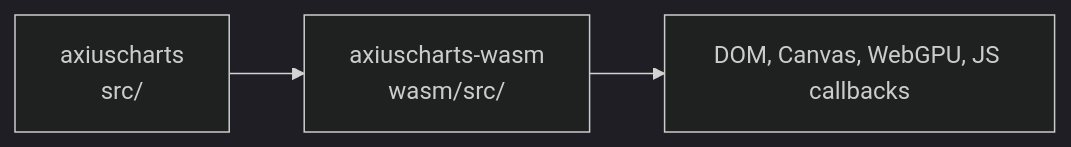
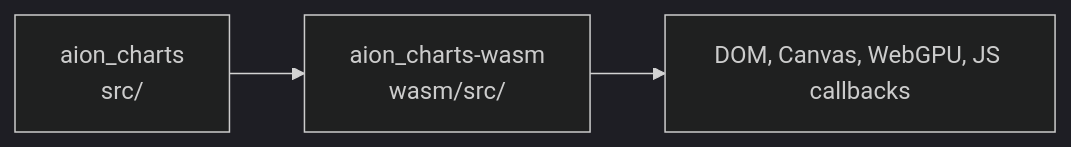
Before and after one commit to TradeAion/Aion_charts: the first of 4 diagrams in docs/architecture.md, drawn with Mermaid (dark theme). The commit also changed other lines of this file and 63 other files, not shown here.

Commit message:
Rename AxiusCharts to Aion_charts

````diff
--- a/docs/architecture.md
+++ b/docs/architecture.md
@@ -7,5 +7,5 @@
 ```mermaid
 flowchart LR
-  Core["axiuscharts<br/>src/"] --> Wasm["axiuscharts-wasm<br/>wasm/src/"]
+  Core["aion_charts<br/>src/"] --> Wasm["aion_charts-wasm<br/>wasm/src/"]
   Wasm --> Browser["DOM, Canvas, WebGPU, JS callbacks"]
 ```
````
